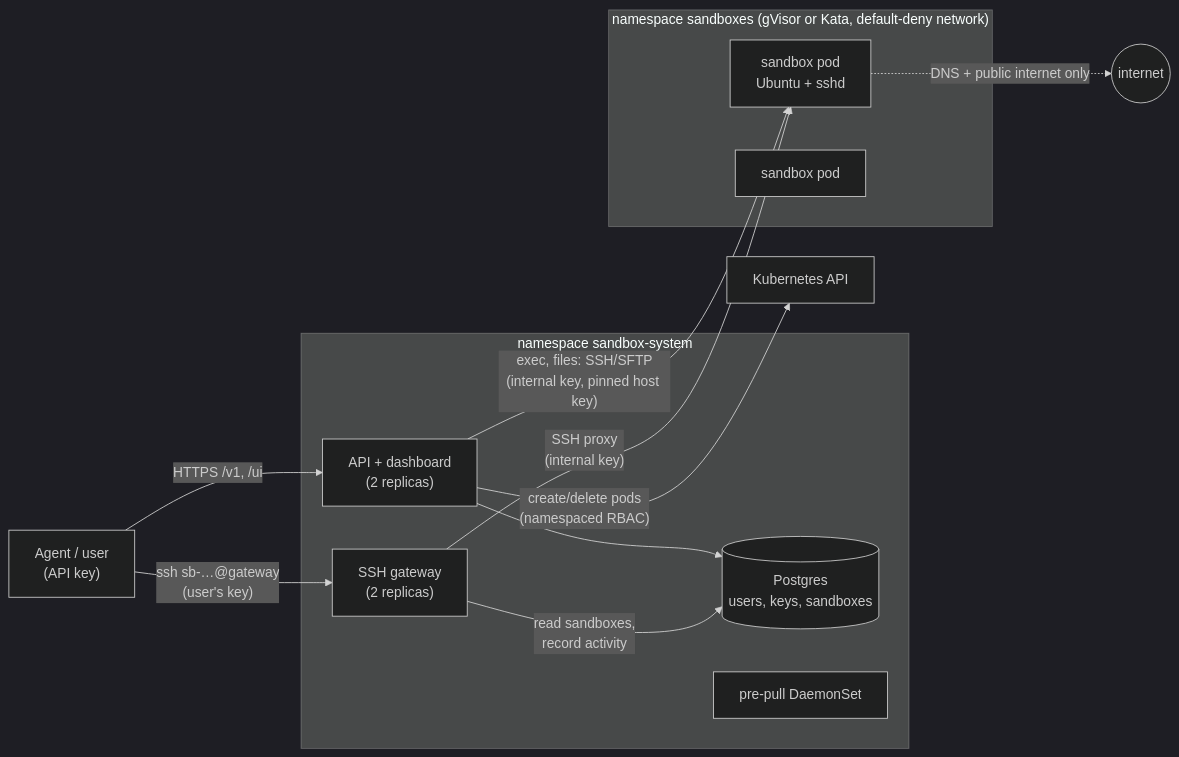
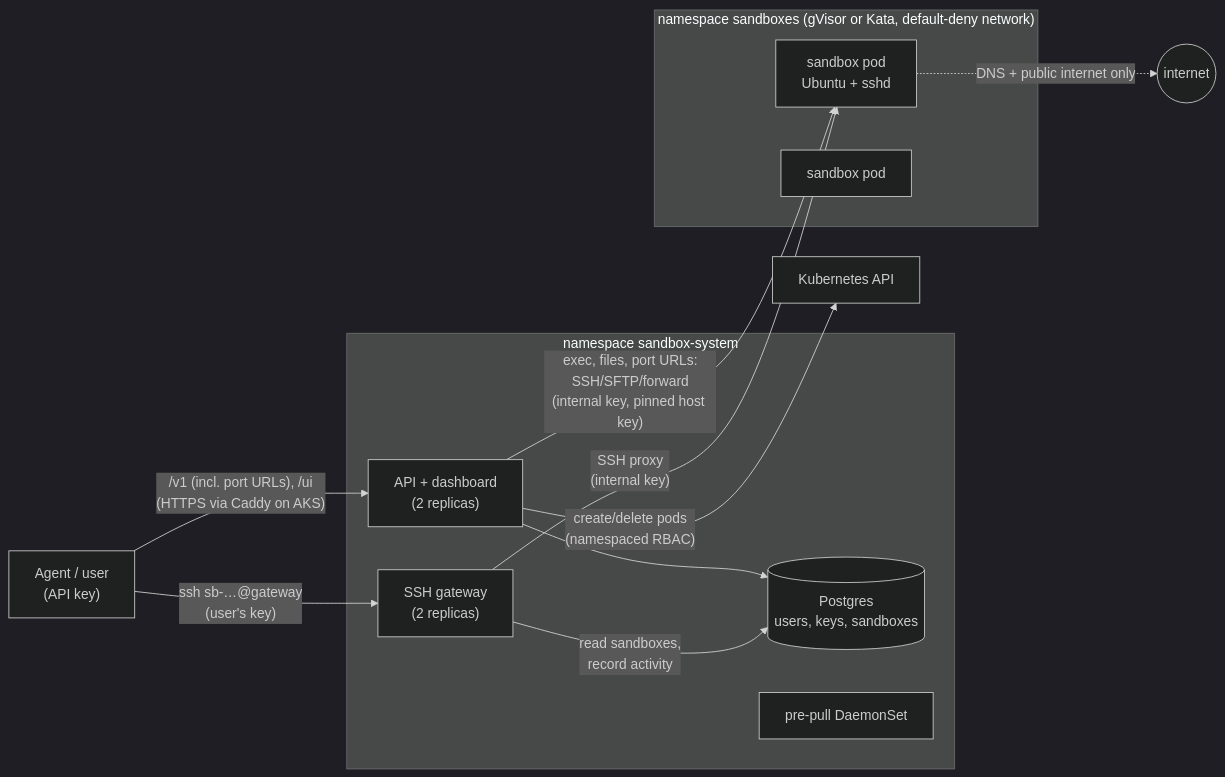
Before and after one commit to qfliu/sandbox-provider-temper: the diagram in README.md, drawn with Mermaid (dark theme). The commit also changed other lines of this file and 3 other files, not shown here.

````diff
--- a/README.md
+++ b/README.md
@@ -68,21 +80,21 @@
 ```mermaid
 flowchart LR
-  agent["Agent / user<br/>(API key)"] -- "HTTPS /v1, /ui" --> api
+  agent["Agent / user<br/>(API key)"] -- "/v1 (incl. port URLs), /ui<br/>(HTTPS via Caddy on AKS)" --> api
   agent -- "ssh sb-…@gateway<br/>(user's key)" --> gw
   subgraph sys["namespace sandbox-system"]
     api["API + dashboard<br/>(2 replicas)"]
     gw["SSH gateway<br/>(2 replicas)"]
     pg[("Postgres<br/>users, keys, sandboxes")]
     pre["pre-pull DaemonSet"]
   end
   subgraph sbx["namespace sandboxes (gVisor or Kata, default-deny network)"]
     s1["sandbox pod<br/>Ubuntu + sshd"]
     s2["sandbox pod"]
   end
   api -- "create/delete pods<br/>(namespaced RBAC)" --> k8s["Kubernetes API"]
-  api -- "exec, files: SSH/SFTP<br/>(internal key, pinned host key)" --> s1
+  api -- "exec, files, port URLs:<br/>SSH/SFTP/forward<br/>(internal key, pinned host key)" --> s1
   gw -- "SSH proxy<br/>(internal key)" --> s1
   api --> pg
   gw -- "read sandboxes,<br/>record activity" --> pg
   s1 -. "DNS + public internet only" .-> net(("internet"))
 ```
````
